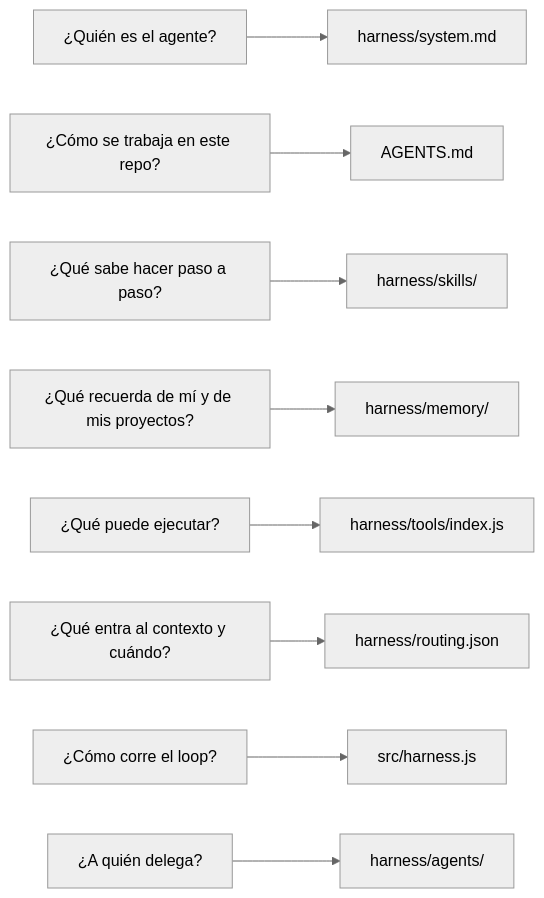
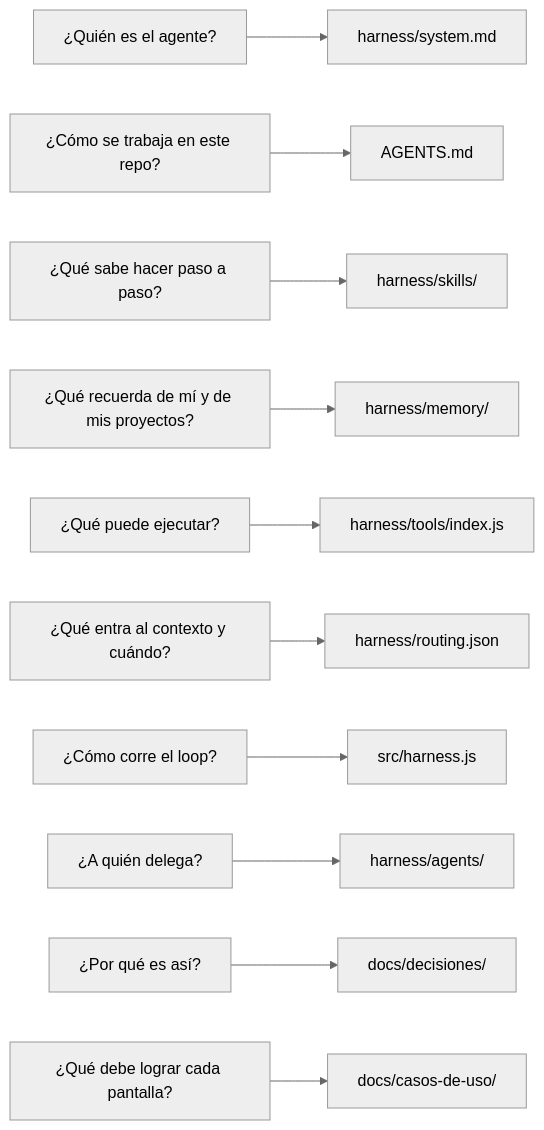
Before and after one commit to ada-school/ada-harness: the third of 15 diagrams in README.md, drawn with Mermaid (neutral theme). The commit also changed other lines of this file and 58 other files, not shown here.

````diff
--- a/README.md
+++ b/README.md
@@ -195,11 +216,13 @@
 ```mermaid
 flowchart LR
     Q1["¿Quién es el agente?"] --> F1["harness/system.md"]
     Q2["¿Cómo se trabaja en este repo?"] --> F2["AGENTS.md"]
     Q3["¿Qué sabe hacer paso a paso?"] --> F3["harness/skills/"]
     Q4["¿Qué recuerda de mí y de mis proyectos?"] --> F4["harness/memory/"]
     Q5["¿Qué puede ejecutar?"] --> F5["harness/tools/index.js"]
     Q6["¿Qué entra al contexto y cuándo?"] --> F6["harness/routing.json"]
     Q7["¿Cómo corre el loop?"] --> F7["src/harness.js"]
     Q8["¿A quién delega?"] --> F8["harness/agents/"]
+    Q9["¿Por qué es así?"] --> F9["docs/decisiones/"]
+    Q10["¿Qué debe lograr cada pantalla?"] --> F10["docs/casos-de-uso/"]
 ```
````
